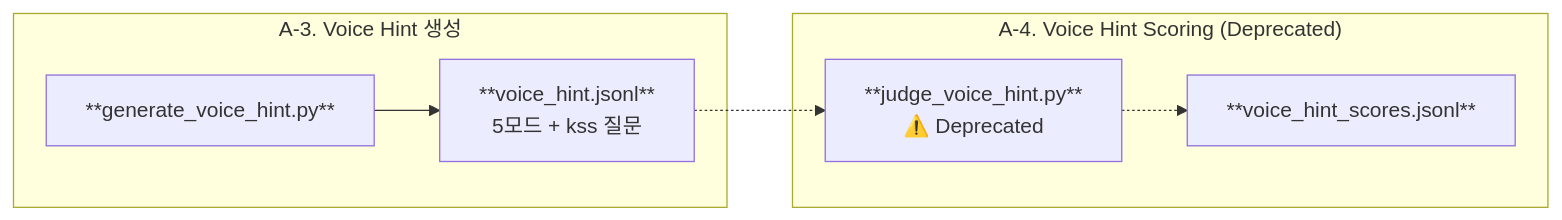
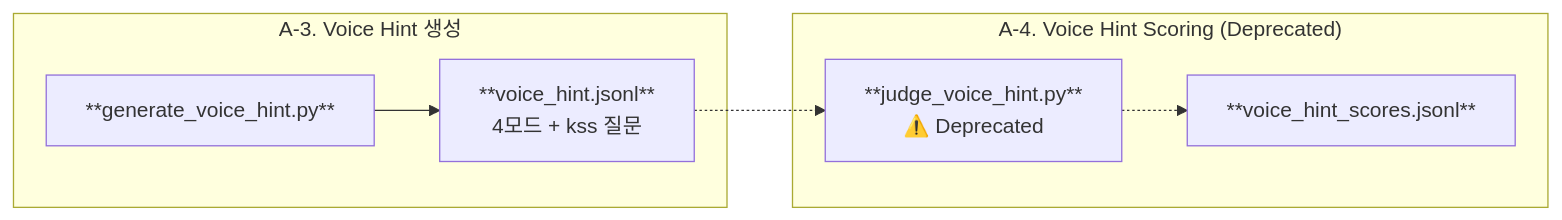
The second of 3 diagrams in README.md (obeychoi0120/LLMJudge), drawn with Mermaid before and after one commit. The commit also changed other lines of this file, not shown here.

````diff
--- a/README.md
+++ b/README.md
@@ -123,16 +116,16 @@
 ```mermaid
 flowchart LR
     subgraph STEP3["A-3. Voice Hint 생성"]
         VH_SCRIPT["**generate_voice_hint.py**"]
-        VH_OUT["**voice_hint.jsonl**<br/>5모드 + kss 질문"]
+        VH_OUT["**voice_hint.jsonl**<br/>4모드 + kss 질문"]
     end
 
     subgraph STEP4["A-4. Voice Hint Scoring (Deprecated)"]
         QJ_SCRIPT["**judge_voice_hint.py**<br/>⚠️ Deprecated"]
         QJ_SCORES["**voice_hint_scores.jsonl**"]
     end
 
     VH_SCRIPT --> VH_OUT
     VH_OUT -.-> QJ_SCRIPT
     QJ_SCRIPT -.-> QJ_SCORES
 ```
````
